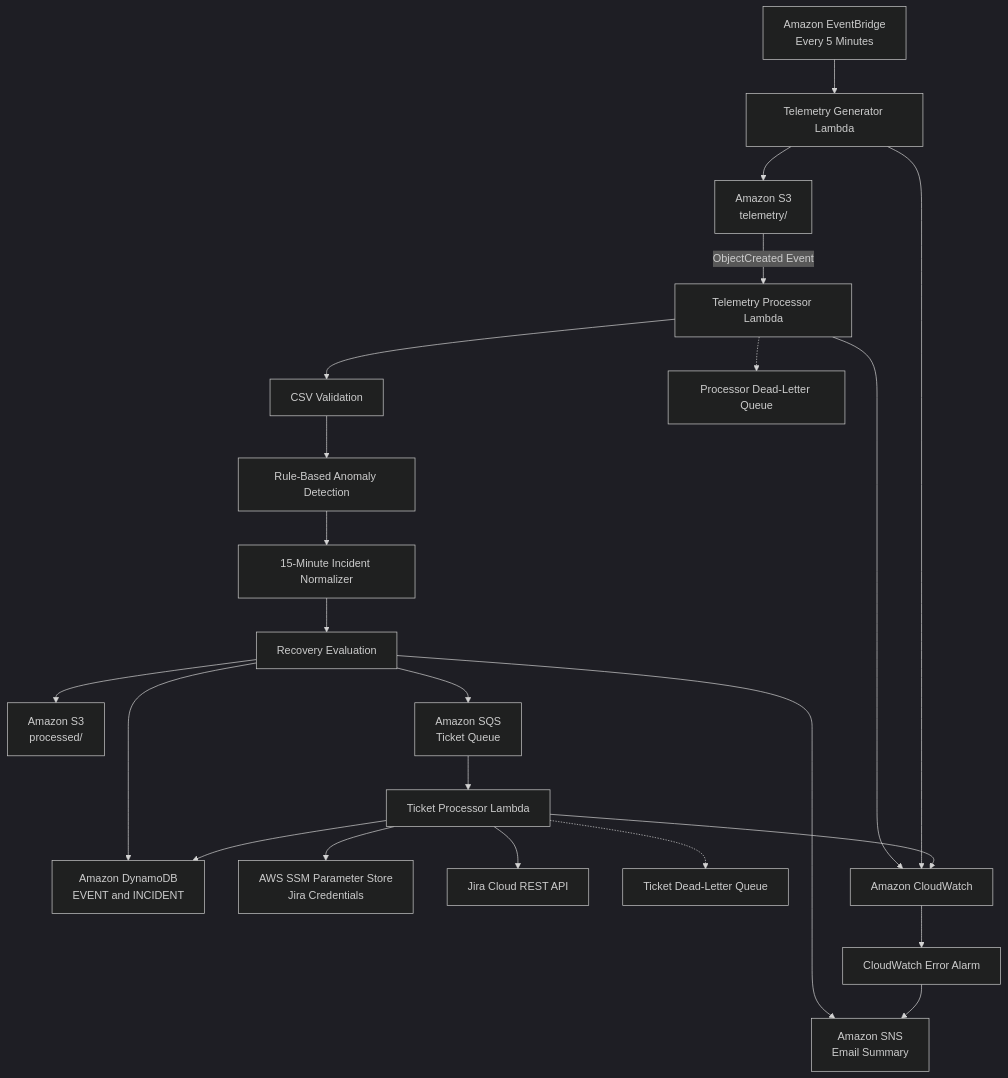
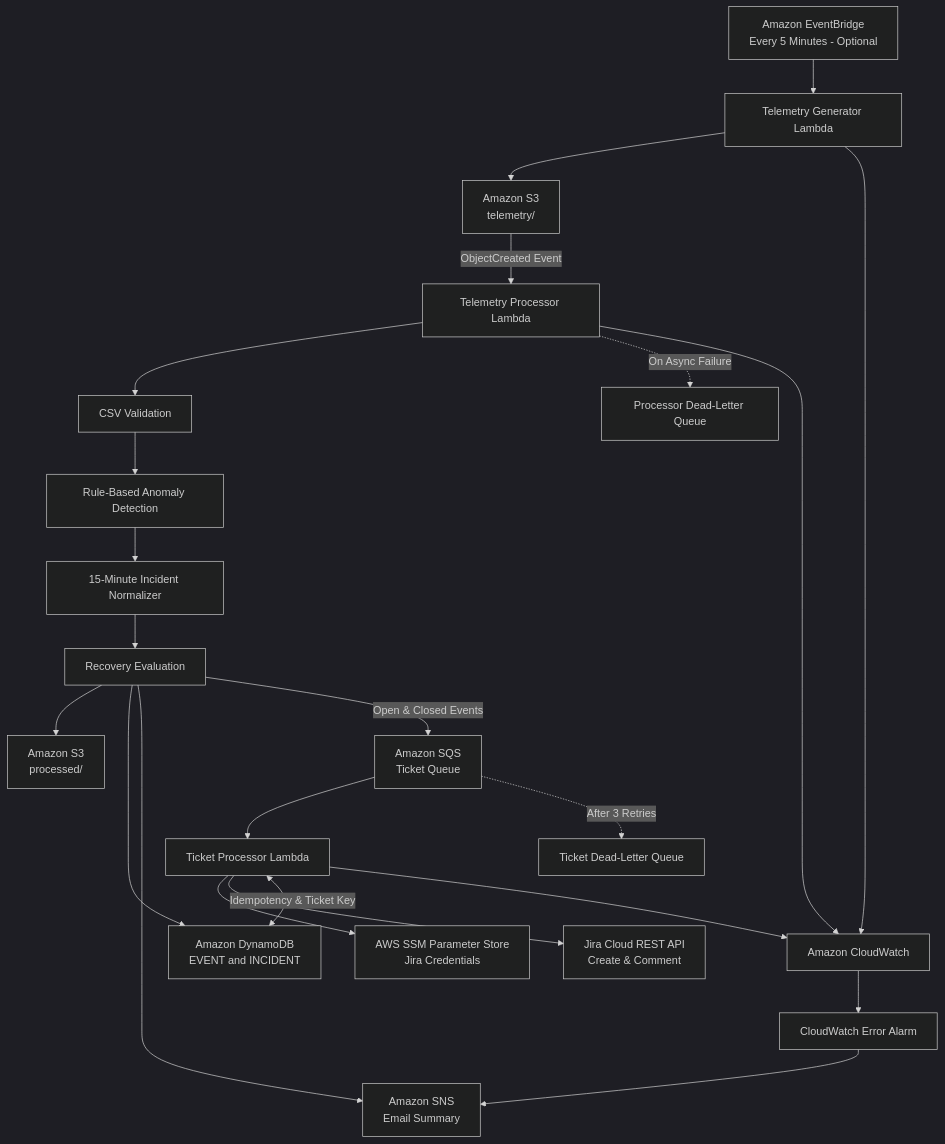
Before and after one commit to rushikeshgokhe/solar-asset-monitoring: the first of 2 diagrams in README.md, drawn with Mermaid (dark theme).

````diff
--- a/README.md
+++ b/README.md
@@ -47,31 +47,31 @@
 ```mermaid
 flowchart TD
-    A[Amazon EventBridge<br/>Every 5 Minutes] --> B[Telemetry Generator Lambda]
+    A[Amazon EventBridge<br/>Every 5 Minutes - Optional] --> B[Telemetry Generator Lambda]
     B --> C[Amazon S3<br/>telemetry/]
 
     C -->|ObjectCreated Event| D[Telemetry Processor Lambda]
 
     D --> E[CSV Validation]
     E --> F[Rule-Based Anomaly Detection]
     F --> G[15-Minute Incident Normalizer]
     G --> H[Recovery Evaluation]
 
     H --> I[Amazon S3<br/>processed/]
     H --> J[Amazon DynamoDB<br/>EVENT and INCIDENT]
     H --> K[Amazon SNS<br/>Email Summary]
-    H --> L[Amazon SQS<br/>Ticket Queue]
+    H -->|Open & Closed Events| L[Amazon SQS<br/>Ticket Queue]
 
     L --> M[Ticket Processor Lambda]
     M --> N[AWS SSM Parameter Store<br/>Jira Credentials]
-    M --> O[Jira Cloud REST API]
-    M --> J
+    M --> O[Jira Cloud REST API<br/>Create & Comment]
+    M <-->|Idempotency & Ticket Key| J
 
-    D -.-> P[Processor Dead-Letter Queue]
-    M -.-> Q[Ticket Dead-Letter Queue]
+    D -.->|On Async Failure| P[Processor Dead-Letter Queue]
+    L -.->|After 3 Retries| Q[Ticket Dead-Letter Queue]
 
-    D --> R[Amazon CloudWatch]
-    B --> R
+    B --> R[Amazon CloudWatch]
+    D --> R
     M --> R
     R --> S[CloudWatch Error Alarm]
     S --> K
 ```
````
